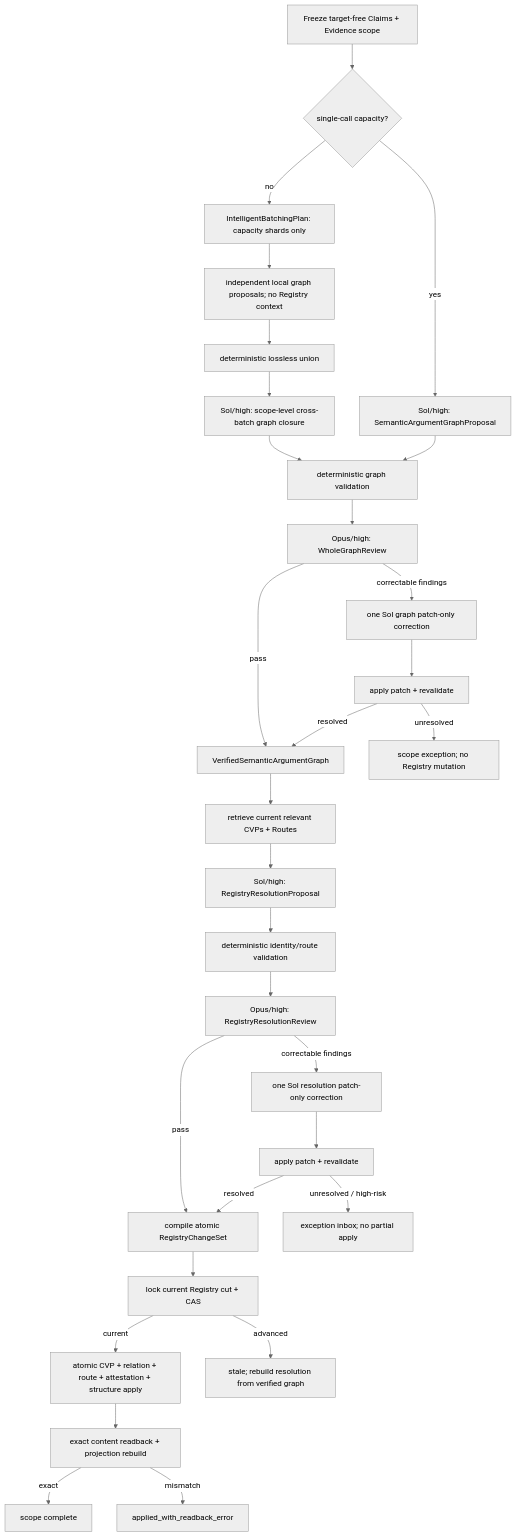
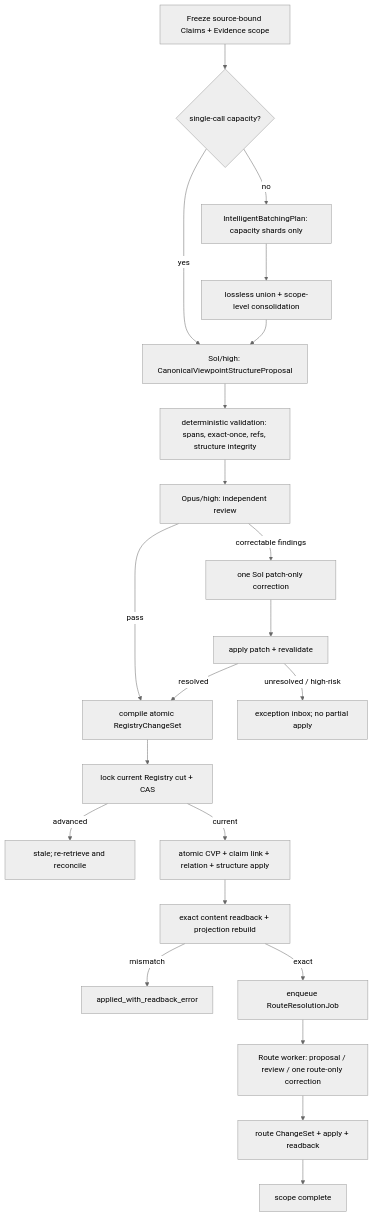
The first of 9 diagrams in docs/wang-knowledge-platform/canonical_viewpoint_registry_design_v1.md (junyang168/smart-answer), drawn with Mermaid (neutral theme) before and after one commit. The commit also changed other lines of this file, not shown here.

First line of the commit message:
docs: scope CVP revision to identity and structure

````diff
--- a/docs/wang-knowledge-platform/canonical_viewpoint_registry_design_v1.md
+++ b/docs/wang-knowledge-platform/canonical_viewpoint_registry_design_v1.md
@@ -74,32 +77,24 @@
 ```mermaid
 flowchart TD
-    S["Freeze target-free Claims + Evidence scope"] --> K{"single-call capacity?"}
-    K -->|"yes"| GP["Sol/high: SemanticArgumentGraphProposal"]
+    S["Freeze source-bound Claims + Evidence scope"] --> K{"single-call capacity?"}
     K -->|"no"| B["IntelligentBatchingPlan: capacity shards only"]
-    B --> LP["independent local graph proposals; no Registry context"]
-    LP --> U["deterministic lossless union"]
-    U --> GC["Sol/high: scope-level cross-batch graph closure"]
-    GC --> GV["deterministic graph validation"]
-    GP --> GV
-    GV --> GR["Opus/high: WholeGraphReview"]
-    GR -->|"correctable findings"| GX["one Sol graph patch-only correction"]
-    GX --> GVV["apply patch + revalidate"]
-    GR -->|"pass"| VG["VerifiedSemanticArgumentGraph"]
-    GVV -->|"resolved"| VG
-    GVV -->|"unresolved"| EX["scope exception; no Registry mutation"]
-    VG --> RC["retrieve current relevant CVPs + Routes"]
-    RC --> RP["Sol/high: RegistryResolutionProposal"]
-    RP --> RV["deterministic identity/route validation"]
-    RV --> RR["Opus/high: RegistryResolutionReview"]
-    RR -->|"correctable findings"| RX["one Sol resolution patch-only correction"]
-    RX --> RRV["apply patch + revalidate"]
-    RR -->|"pass"| CS["compile atomic RegistryChangeSet"]
-    RRV -->|"resolved"| CS
-    RRV -->|"unresolved / high-risk"| EI["exception inbox; no partial apply"]
+    B --> U["lossless union + scope-level consolidation"]
+    K -->|"yes"| P["Sol/high: CanonicalViewpointStructureProposal"]
+    U --> P
+    P --> V["deterministic validation: spans, exact-once, refs, structure integrity"]
+    V --> R["Opus/high: independent review"]
+    R -->|"correctable findings"| X["one Sol patch-only correction"]
+    X --> VV["apply patch + revalidate"]
+    R -->|"pass"| CS["compile atomic RegistryChangeSet"]
+    VV -->|"resolved"| CS
+    VV -->|"unresolved / high-risk"| EI["exception inbox; no partial apply"]
     CS --> CAS["lock current Registry cut + CAS"]
-    CAS -->|"current"| A["atomic CVP + relation + route + attestation + structure apply"]
-    CAS -->|"advanced"| ST["stale; rebuild resolution from verified graph"]
+    CAS -->|"advanced"| ST["stale; re-retrieve and reconcile"]
+    CAS -->|"current"| A["atomic CVP + claim link + relation + structure apply"]
     A --> READ["exact content readback + projection rebuild"]
-    READ -->|"exact"| DONE["scope complete"]
     READ -->|"mismatch"| ER["applied_with_readback_error"]
+    READ -->|"exact"| Q["enqueue RouteResolutionJob"]
+    Q --> RT["Route worker: proposal / review / one route-only correction"]
+    RT --> RCS["route ChangeSet + apply + readback"]
+    RCS --> DONE["scope complete"]
 ```
````
